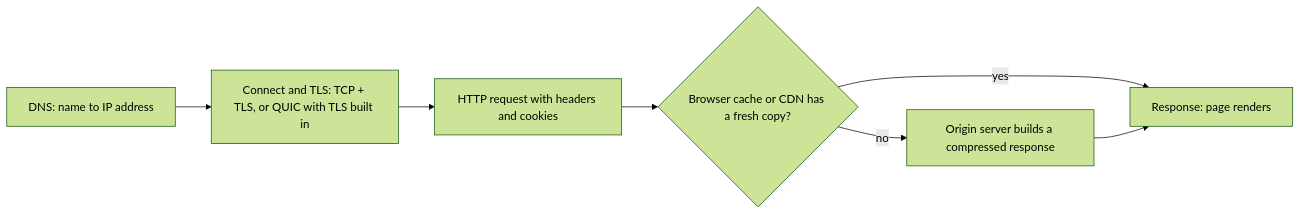
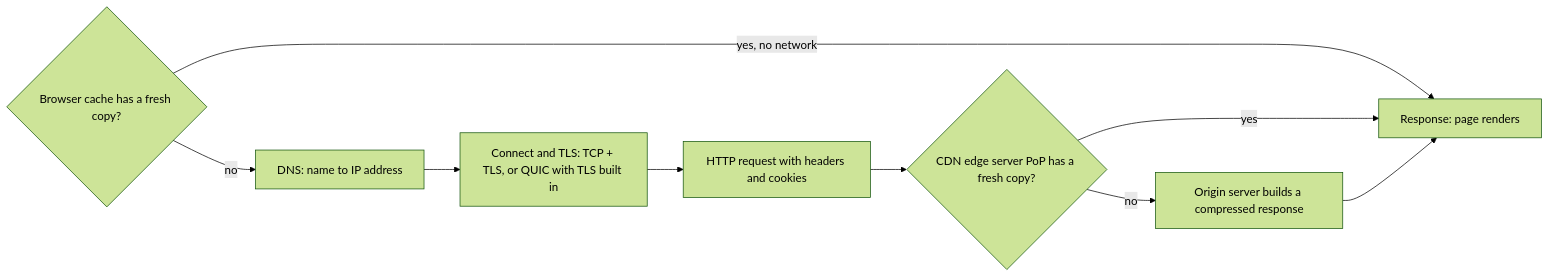
Before and after one commit to lakshay-testsigma/notes_management: the diagram in vault/frontend-engineering/how-the-web-works/internet-and-networking/visuals/assets/how-it-works-internet-and-networking.mmd, drawn with Mermaid (forest theme). The commit also changed 25 other files, not shown here.

```diff
--- a/vault/frontend-engineering/how-the-web-works/internet-and-networking/visuals/assets/how-it-works-internet-and-networking.mmd
+++ b/vault/frontend-engineering/how-the-web-works/internet-and-networking/visuals/assets/how-it-works-internet-and-networking.mmd
@@ -1,7 +1,9 @@
 flowchart LR
-  D[DNS: name to IP address] --> C[Connect and TLS: TCP + TLS, or QUIC with TLS built in]
+  B{Browser cache has a fresh copy?} -- yes, no network --> P[Response: page renders]
+  B -- no --> D[DNS: name to IP address]
+  D --> C[Connect and TLS: TCP + TLS, or QUIC with TLS built in]
   C --> R[HTTP request with headers and cookies]
-  R --> K{Browser cache or CDN has a fresh copy?}
-  K -- yes --> P[Response: page renders]
+  R --> K{CDN edge server PoP has a fresh copy?}
+  K -- yes --> P
   K -- no --> S[Origin server builds a compressed response]
   S --> P
```
